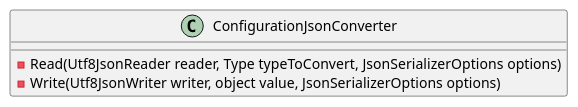
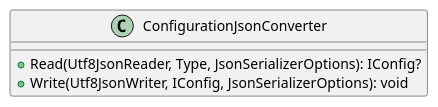
Before and after one commit to mwwhited-forks/dotnet-libs: the fourth of 5 diagrams in docs/generated/Framework/Eliassen.System/Text/Json/Documentation.md, drawn with PlantUML. The commit also changed other lines of this file and 444 other files, not shown here.

````diff
--- a/docs/generated/Framework/Eliassen.System/Text/Json/Documentation.md
+++ b/docs/generated/Framework/Eliassen.System/Text/Json/Documentation.md
@@ -66,9 +67,8 @@
 ```plantuml
 @startuml
 class ConfigurationJsonConverter {
-  - Read(Utf8JsonReader reader, Type typeToConvert, JsonSerializerOptions options)
-  - Write(Utf8JsonWriter writer, object value, JsonSerializerOptions options)
+  + Read(Utf8JsonReader, Type, JsonSerializerOptions): IConfig?
+  + Write(Utf8JsonWriter, IConfig, JsonSerializerOptions): void
 }
-
 @enduml
 ```
````
